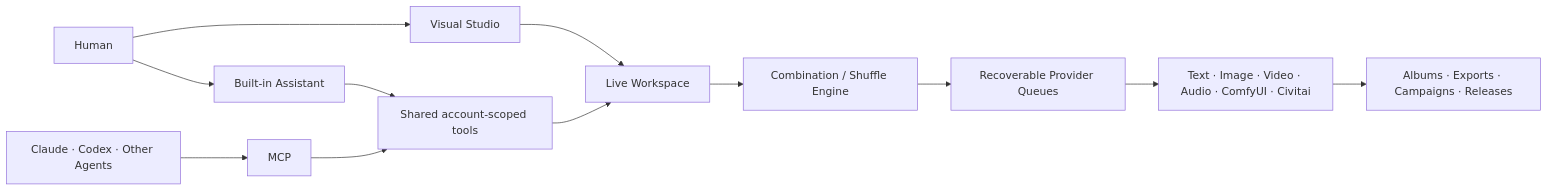
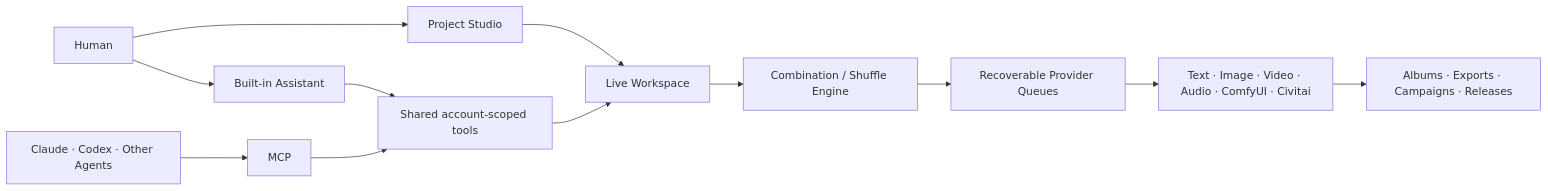
The diagram in README.md (ShinChven/remix-studio), drawn with Mermaid before and after one commit. The commit also changed other lines of this file, not shown here.

Commit message:
docs(readme): rename Visual Studio to Project Studio

````diff
--- a/README.md
+++ b/README.md
@@ -25,14 +25,14 @@
 ```mermaid
 flowchart LR
-    H["Human"] --> UI["Visual Studio"]
+    H["Human"] --> UI["Project Studio"]
     H --> A["Built-in Assistant"]
     G["Claude · Codex · Other Agents"] --> M["MCP"]
     A --> T["Shared account-scoped tools"]
     M --> T
     UI --> W["Live Workspace"]
     T --> W
     W --> E["Combination / Shuffle Engine"]
     E --> Q["Recoverable Provider Queues"]
     Q --> O["Text · Image · Video · Audio · ComfyUI · Civitai"]
     O --> D["Albums · Exports · Campaigns · Releases"]
 ```
````
